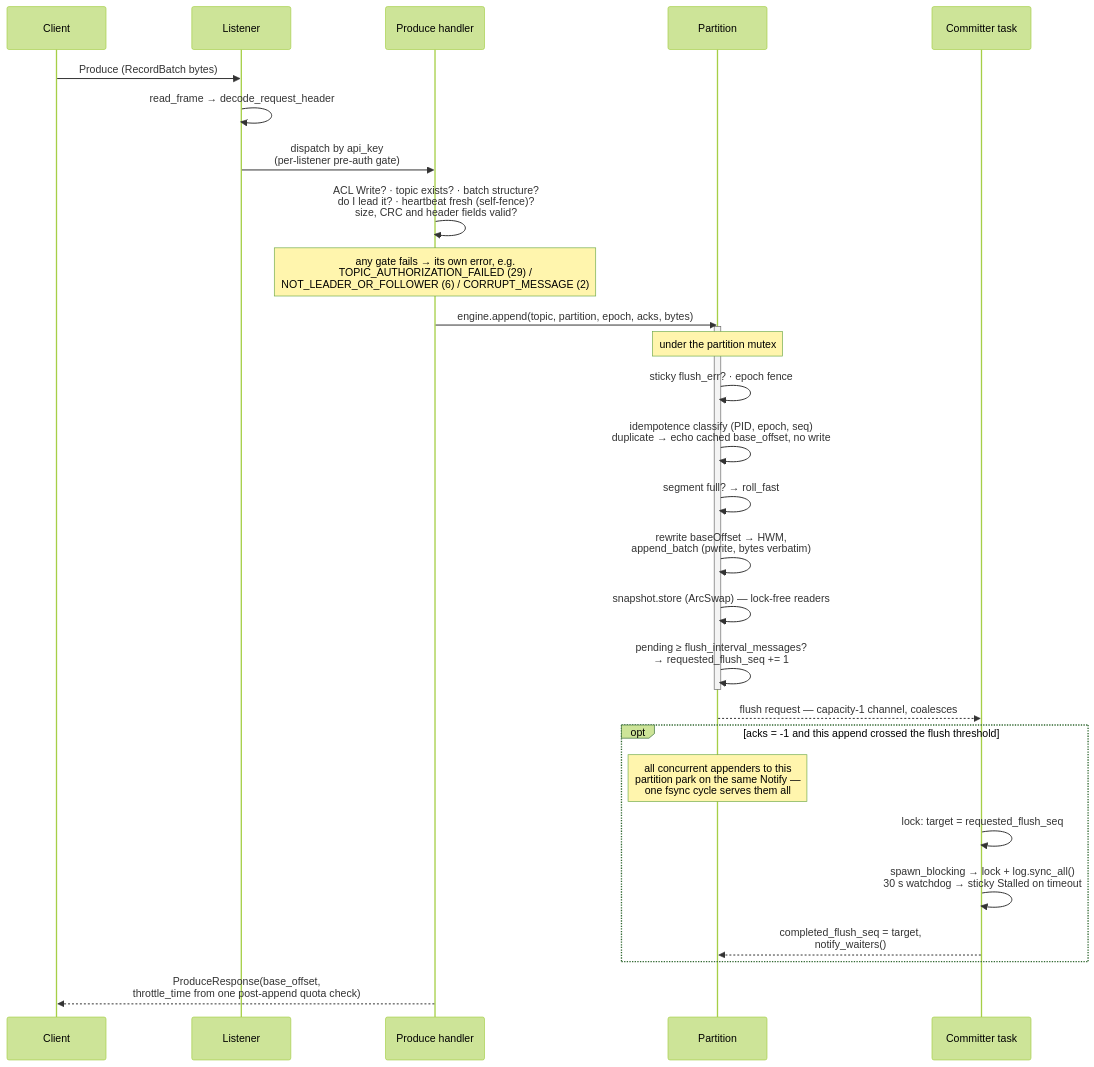
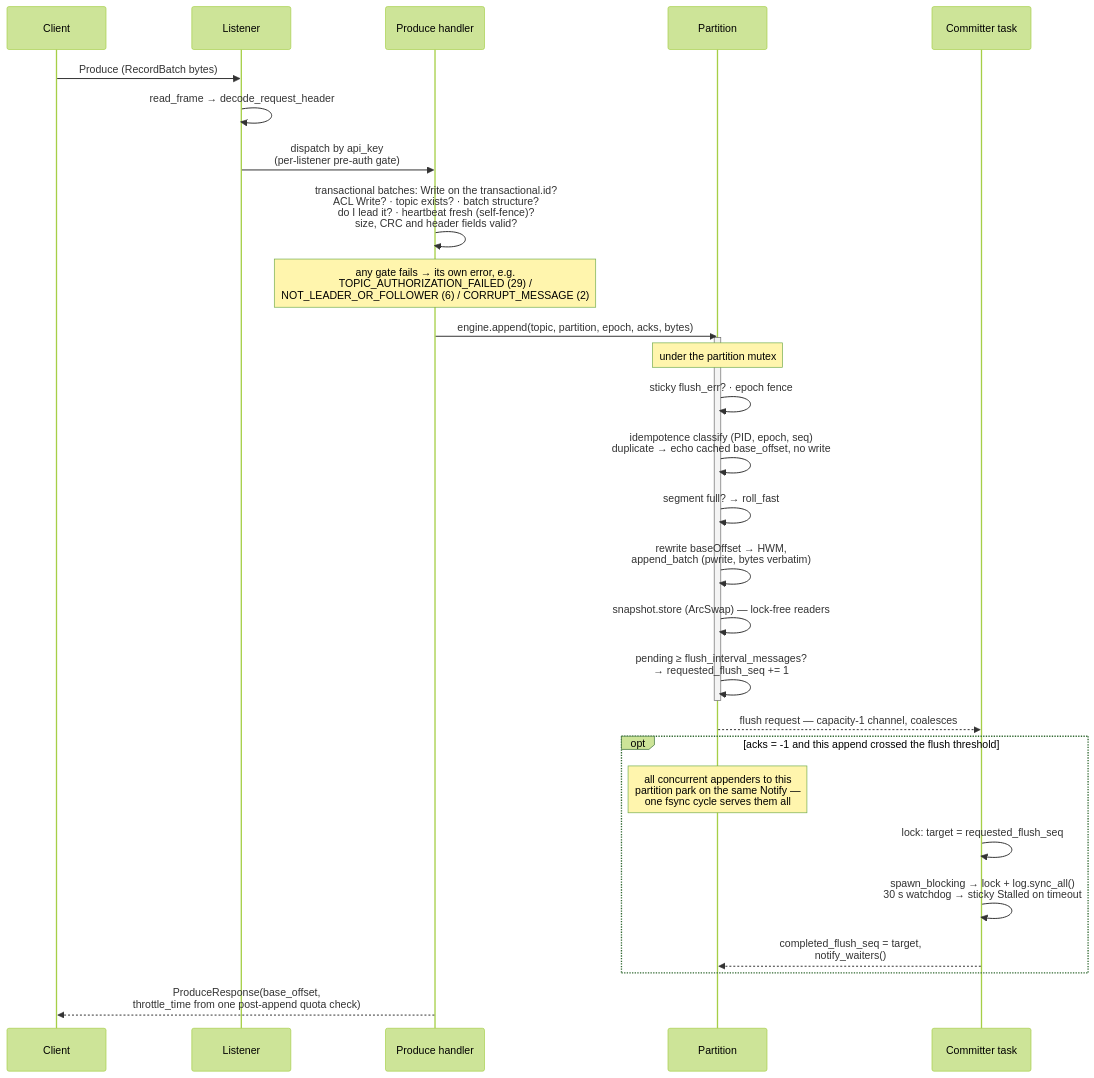
The first of 3 diagrams in docs/src/architecture/storage-hot-path.md (kaas-rs/kaas-broker), drawn with Mermaid (forest theme) before and after one commit. The commit also changed other lines of this file and 39 other files, not shown here.

````diff
--- a/docs/src/architecture/storage-hot-path.md
+++ b/docs/src/architecture/storage-hot-path.md
@@ -22,32 +22,32 @@
 ```mermaid
 sequenceDiagram
     participant C as Client
     participant L as Listener
     participant H as Produce handler
     participant P as Partition
     participant K as Committer task
 
     C->>L: Produce (RecordBatch bytes)
     L->>L: read_frame → decode_request_header
     L->>H: dispatch by api_key<br/>(per-listener pre-auth gate)
-    H->>H: ACL Write? · topic exists? · batch structure?<br/>do I lead it? · heartbeat fresh (self-fence)?<br/>size, CRC and header fields valid?
+    H->>H: transactional batches: Write on the transactional.id?<br/>ACL Write? · topic exists? · batch structure?<br/>do I lead it? · heartbeat fresh (self-fence)?<br/>size, CRC and header fields valid?
     Note over H: any gate fails → its own error, e.g.<br/>TOPIC_AUTHORIZATION_FAILED (29) /<br/>NOT_LEADER_OR_FOLLOWER (6) / CORRUPT_MESSAGE (2)
     H->>P: engine.append(topic, partition, epoch, acks, bytes)
     activate P
     Note over P: under the partition mutex
     P->>P: sticky flush_err? · epoch fence
     P->>P: idempotence classify (PID, epoch, seq)<br/>duplicate → echo cached base_offset, no write
     P->>P: segment full? → roll_fast
     P->>P: rewrite baseOffset → HWM,<br/>append_batch (pwrite, bytes verbatim)
     P->>P: snapshot.store (ArcSwap) — lock-free readers
     P->>P: pending ≥ flush_interval_messages?<br/>→ requested_flush_seq += 1
     deactivate P
     P-->>K: flush request — capacity-1 channel, coalesces
     opt acks = -1 and this append crossed the flush threshold
         Note over P: all concurrent appenders to this<br/>partition park on the same Notify —<br/>one fsync cycle serves them all
         K->>K: lock: target = requested_flush_seq
         K->>K: spawn_blocking → lock + log.sync_all()<br/>30 s watchdog → sticky Stalled on timeout
         K-->>P: completed_flush_seq = target,<br/>notify_waiters()
     end
     H-->>C: ProduceResponse(base_offset,<br/>throttle_time from one post-append quota check)
 ```
````
